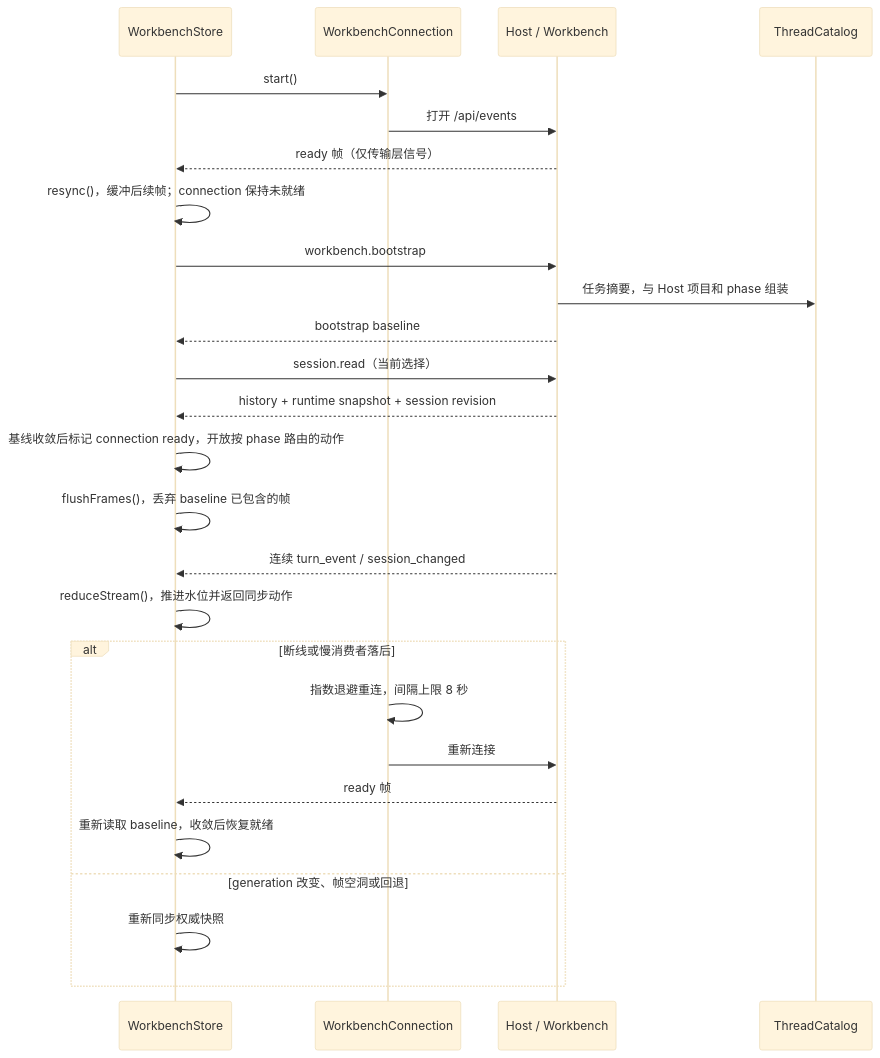
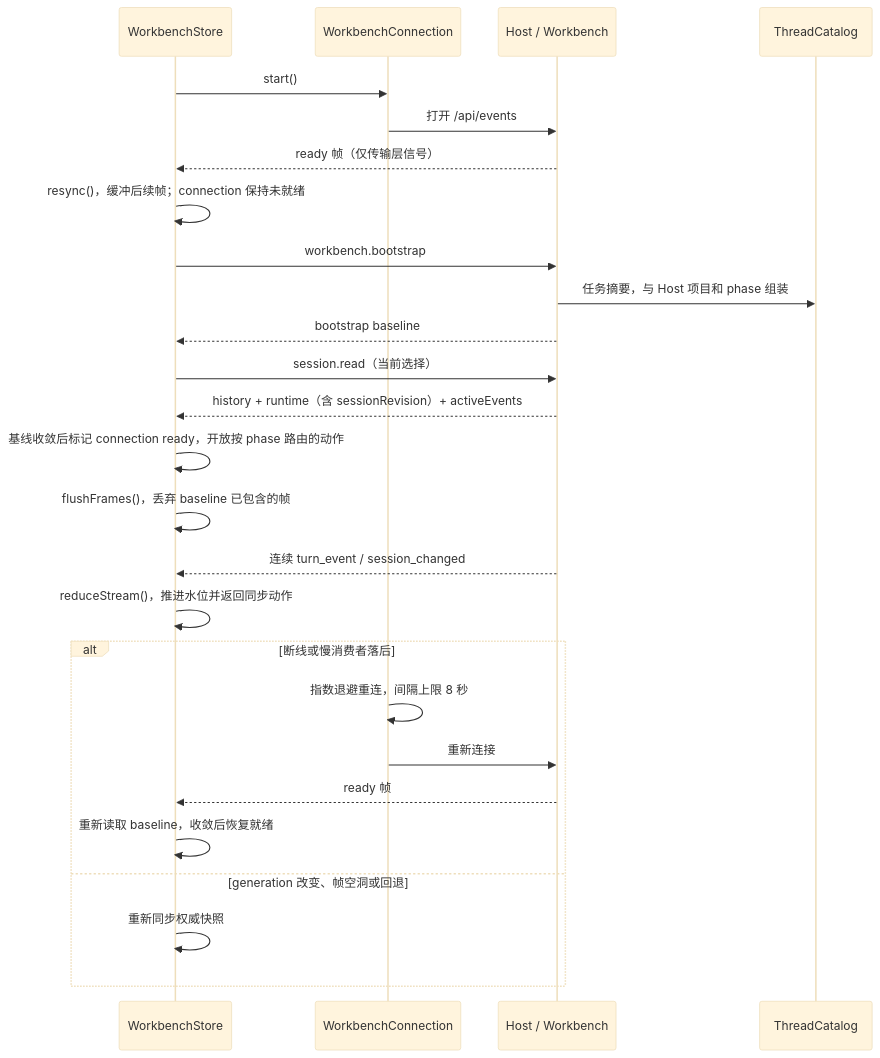
The tenth of 29 diagrams in docs/singularity.md (qjcnmd/singularity-agent), drawn with Mermaid (base theme) before and after one commit. The commit also changed other lines of this file and 63 other files, not shown here.

````diff
--- a/docs/singularity.md
+++ b/docs/singularity.md
@@ -263,28 +263,28 @@
 ```mermaid
 sequenceDiagram
     participant View as WorkbenchStore
     participant Conn as WorkbenchConnection
     participant Host as Host / Workbench
     participant Catalog as ThreadCatalog
     View->>Conn: start()
     Conn->>Host: 打开 /api/events
     Host-->>View: ready 帧（仅传输层信号）
     View->>View: resync()，缓冲后续帧；connection 保持未就绪
     View->>Host: workbench.bootstrap
     Host->>Catalog: 任务摘要，与 Host 项目和 phase 组装
     Host-->>View: bootstrap baseline
     View->>Host: session.read（当前选择）
-    Host-->>View: history + runtime snapshot + session revision
+    Host-->>View: history + runtime（含 sessionRevision）+ activeEvents
     View->>View: 基线收敛后标记 connection ready，开放按 phase 路由的动作
     View->>View: flushFrames()，丢弃 baseline 已包含的帧
     Host-->>View: 连续 turn_event / session_changed
     View->>View: reduceStream()，推进水位并返回同步动作
     alt 断线或慢消费者落后
         Conn->>Conn: 指数退避重连，间隔上限 8 秒
         Conn->>Host: 重新连接
         Host-->>View: ready 帧
         View->>View: 重新读取 baseline，收敛后恢复就绪
     else generation 改变、帧空洞或回退
         View->>View: 重新同步权威快照
     end
 ```
````
